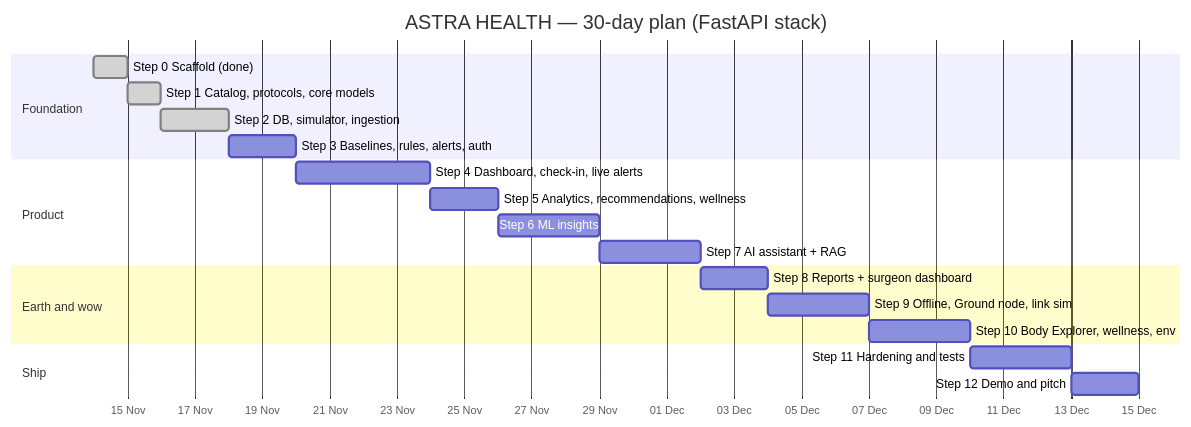
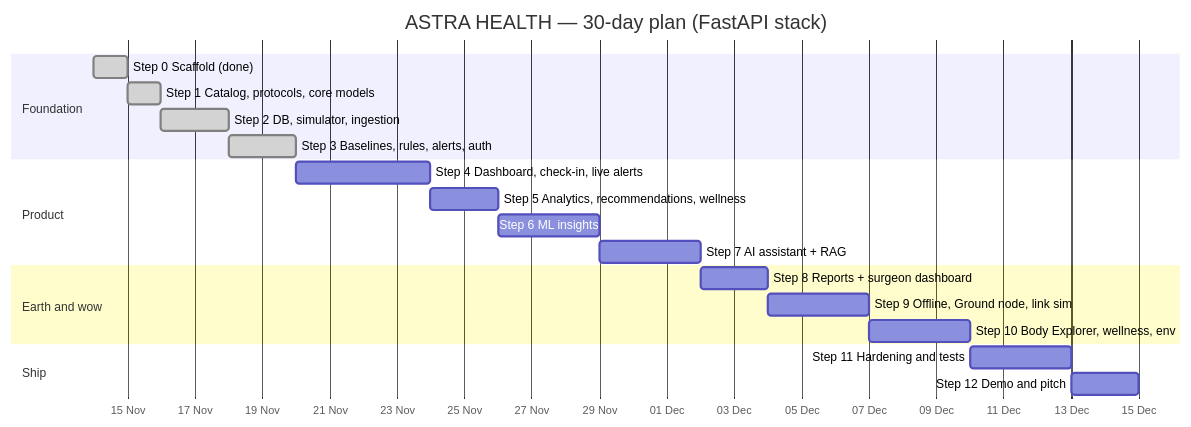
The diagram in docs/04-Implementation-Plan.md (Tarun9076/Astra-Health), drawn with Mermaid before and after one commit. The commit also changed other lines of this file and 8 other files, not shown here.

````diff
--- a/docs/04-Implementation-Plan.md
+++ b/docs/04-Implementation-Plan.md
@@ -34,23 +34,23 @@
 ```mermaid
 gantt
     title ASTRA HEALTH — 30-day plan (FastAPI stack)
     dateFormat  YYYY-MM-DD
     axisFormat  %d %b
     section Foundation
     Step 0 Scaffold (done)               :done, s0, 2026-11-14, 1d
     Step 1 Catalog, protocols, core models :done, s1, after s0, 1d
     Step 2 DB, simulator, ingestion      :done, s2, after s1, 2d
-    Step 3 Baselines, rules, alerts, auth :s3, after s2, 2d
+    Step 3 Baselines, rules, alerts, auth :done, s3, after s2, 2d
     section Product
     Step 4 Dashboard, check-in, live alerts :s4, after s3, 4d
     Step 5 Analytics, recommendations, wellness :s5, after s4, 2d
     Step 6 ML insights                   :s6, after s5, 3d
     Step 7 AI assistant + RAG            :s7, after s6, 3d
     section Earth and wow
     Step 8 Reports + surgeon dashboard   :s8, after s7, 2d
     Step 9 Offline, Ground node, link sim :s9, after s8, 3d
     Step 10 Body Explorer, wellness, env :s10, after s9, 3d
     section Ship
     Step 11 Hardening and tests          :s11, after s10, 3d
     Step 12 Demo and pitch               :s12, after s11, 2d
 ```
````
